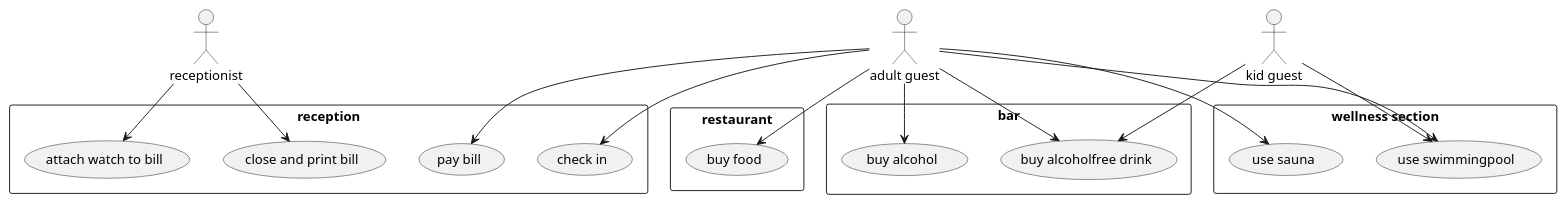
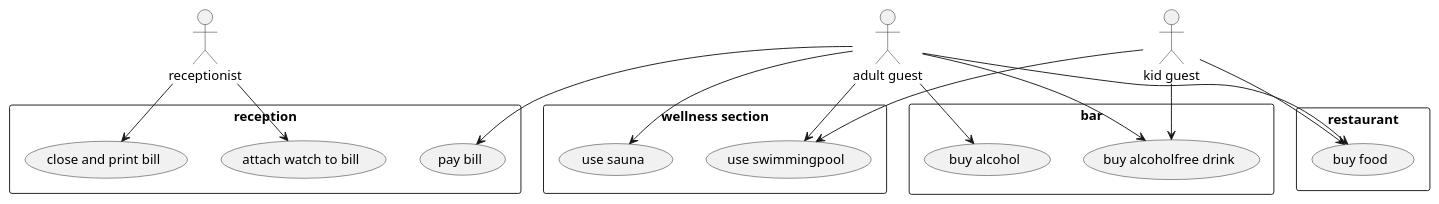
One commit to czafikm/AFP-Team-6 changed the diagram in docs/UseCase.puml. Above: the diagram before and after it, drawn with PlantUML.

```diff
--- a/docs/UseCase.puml
+++ b/docs/UseCase.puml
@@ -1,38 +1,37 @@
 @startuml
 :receptionist: as rec
 :adult guest: as g1
 :kid guest: as g2
 
 
 rectangle bar{
  usecase "buy alcohol" as uc1
  usecase "buy alcoholfree drink" as uc2
 }
 rectangle "wellness section"{
  usecase "use sauna" as uc3
  usecase "use swimmingpool" as uc4
 }
 
 rectangle "restaurant"{
  usecase "buy food" as uc5
 }
 
 rectangle "reception"{
- usecase "check in" as uc6
- usecase "attach watch to bill" as uc7
- usecase "close and print bill" as uc8
- usecase "pay bill" as uc9
+ usecase "attach watch to bill" as uc6
+ usecase "close and print bill" as uc7
+ usecase "pay bill" as uc8
 }
 
+rec-->uc6
 rec-->uc7
-rec-->uc8
 g1-->uc1
 g1-->uc2
 g1-->uc3
 g1-->uc4
 g1-->uc5
-g1-->uc6
-g1-->uc9
+g1-->uc8
 g2-->uc2
 g2-->uc4
+g2-->uc5
 @enduml
```
